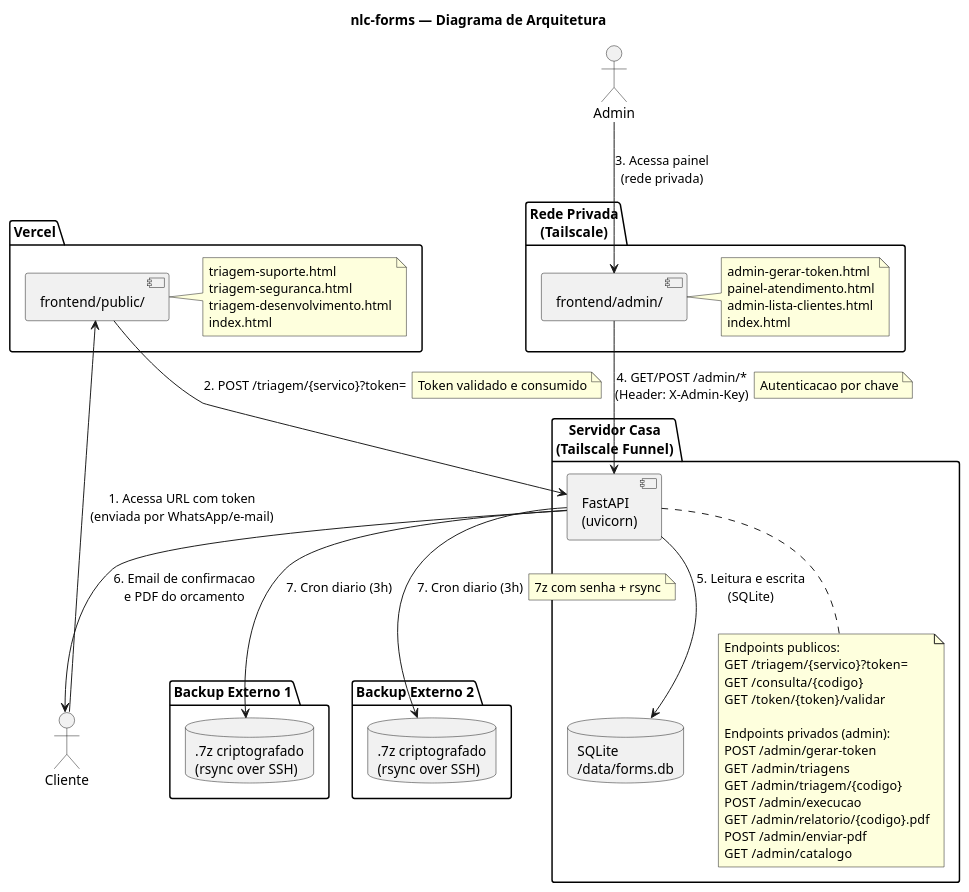
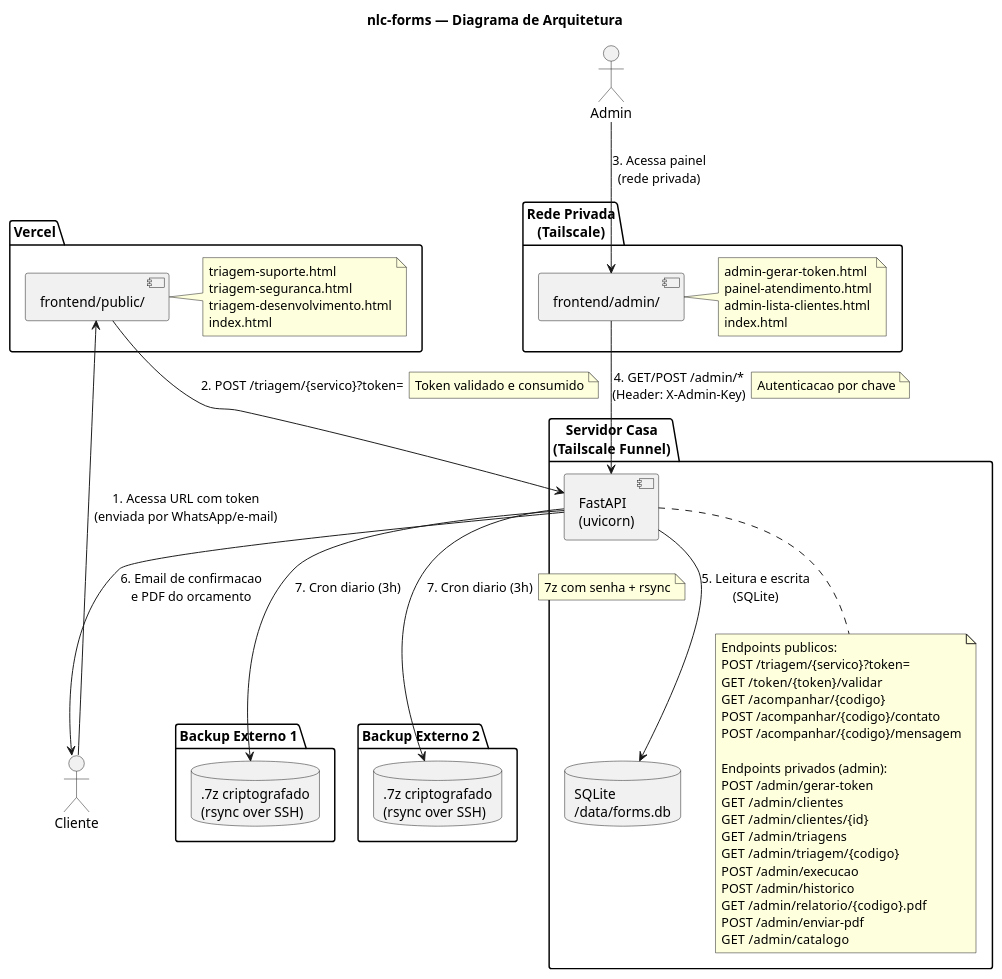
One commit to nextlevelcode014/nlc-forms changed the diagram in docs/arquitetura.puml. Above: the diagram before and after it, drawn with PlantUML. The commit also changed 6 other files, not shown here.

```diff
--- a/docs/arquitetura.puml
+++ b/docs/arquitetura.puml
@@ -1,77 +1,82 @@
 @startuml
 title nlc-forms — Diagrama de Arquitetura
 
 actor Cliente
 actor Admin
 
 package "Vercel" {
   component "frontend/public/" as public
   note right of public
     triagem-suporte.html
     triagem-seguranca.html
     triagem-desenvolvimento.html
     index.html
   end note
 }
 
 package "Rede Privada\n(Tailscale)" {
   component "frontend/admin/" as adminfe
   note right of adminfe
     admin-gerar-token.html
     painel-atendimento.html
     admin-lista-clientes.html
     index.html
   end note
 }
 
 package "Servidor Casa\n(Tailscale Funnel)" {
   component "FastAPI\n(uvicorn)" as api
   database "SQLite\n/data/forms.db" as db
 
   note bottom of api
     Endpoints publicos:
-    GET  /triagem/{servico}?token=
-    GET  /consulta/{codigo}
+    POST /triagem/{servico}?token=
     GET  /token/{token}/validar
+    GET  /acompanhar/{codigo}
+    POST /acompanhar/{codigo}/contato
+    POST /acompanhar/{codigo}/mensagem
 
     Endpoints privados (admin):
     POST /admin/gerar-token
+    GET  /admin/clientes
+    GET  /admin/clientes/{id}
     GET  /admin/triagens
     GET  /admin/triagem/{codigo}
     POST /admin/execucao
+    POST /admin/historico
     GET  /admin/relatorio/{codigo}.pdf
     POST /admin/enviar-pdf
     GET  /admin/catalogo
   end note
 }
 
 package "Backup Externo 1" {
   database ".7z criptografado\n(rsync over SSH)" as bkp1
 }
 
 package "Backup Externo 2" {
   database ".7z criptografado\n(rsync over SSH)" as bkp2
 }
 
 ' ── Fluxo principal ──
 Cliente --> public : "1. Acessa URL com token\n(enviada por WhatsApp/e-mail)"
 public --> api : "2. POST /triagem/{servico}?token="
 note right on link : Token validado e consumido
 
 ' ── Admin ──
 Admin --> adminfe : "3. Acessa painel\n(rede privada)"
 adminfe --> api : "4. GET/POST /admin/*\n(Header: X-Admin-Key)"
 note right on link : Autenticacao por chave
 
 ' ── Banco ──
 api --> db : "5. Leitura e escrita\n(SQLite)"
 
 ' ── Notificacao ──
 api --> Cliente : "6. Email de confirmacao\ne PDF do orcamento"
 
 ' ── Backup ──
 api --> bkp1 : "7. Cron diario (3h)"
 api --> bkp2 : "7. Cron diario (3h)"
 note right on link : 7z com senha + rsync
 
 @enduml
```
